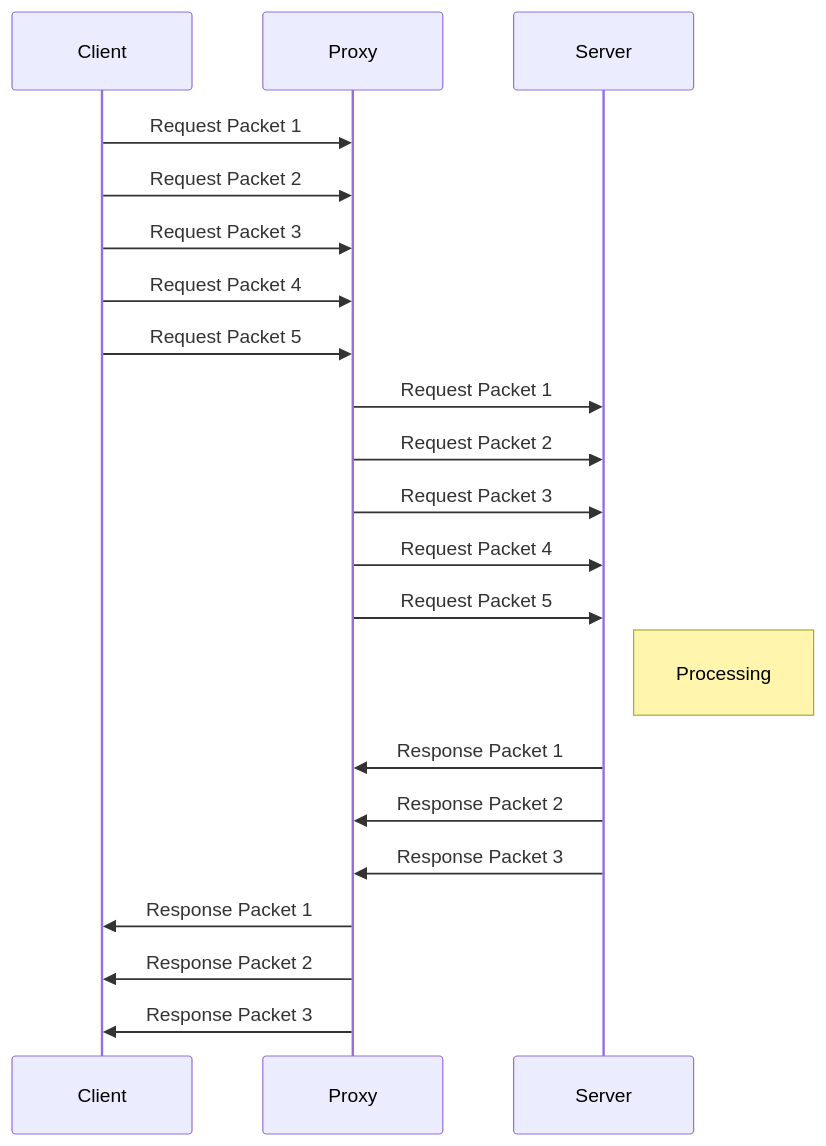
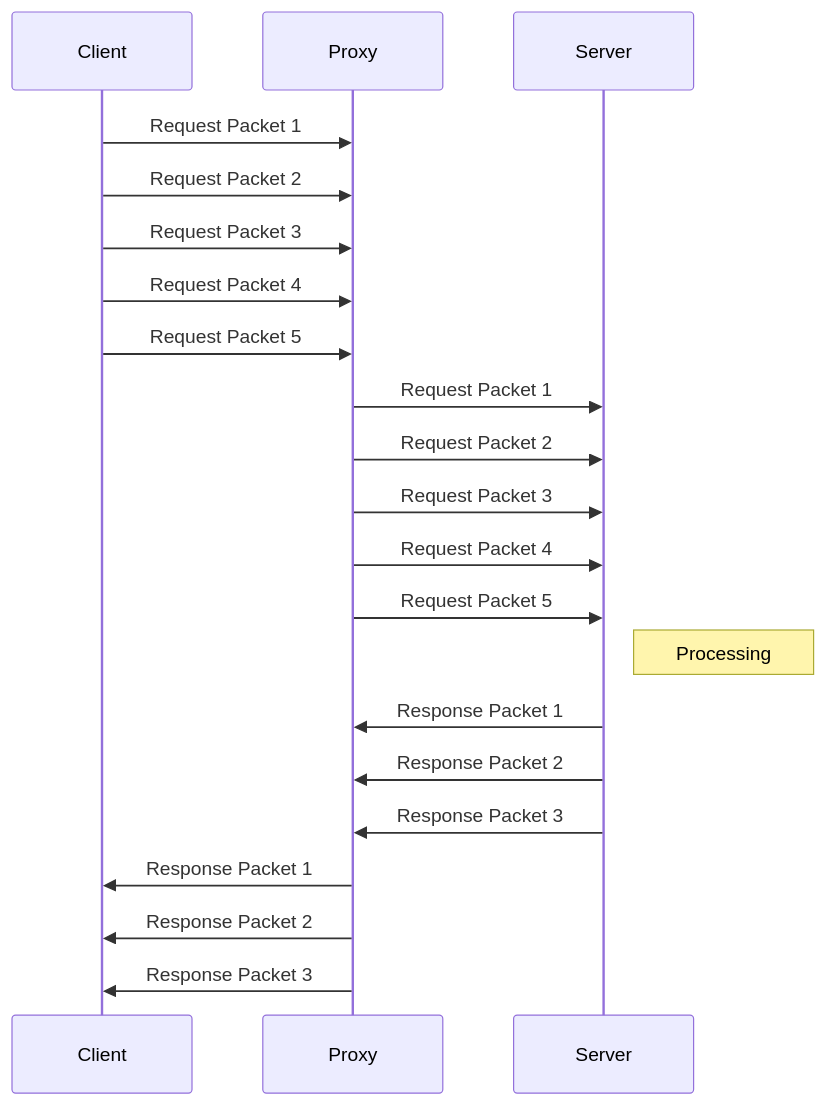
One commit to canelhasmateus/diamond changed the first of 2 diagrams in vault/reference/Reverse Proxies.md. Above: the diagram before and after it, drawn with Mermaid. The commit also changed 7 other files, not shown here.

````diff
--- a/vault/reference/Reverse Proxies.md
+++ b/vault/reference/Reverse Proxies.md
@@ -39,21 +39,21 @@
 ```mermaid
 
 sequenceDiagram
     Client->>Proxy: Request Packet 1
     Client->>Proxy: Request Packet 2
     Client->>Proxy: Request Packet 3
     Client->>Proxy: Request Packet 4
     Client->>Proxy: Request Packet 5    
     Proxy->>Server: Request Packet 1
     Proxy->>Server: Request Packet 2
     Proxy->>Server: Request Packet 3
     Proxy->>Server: Request Packet 4
     Proxy->>Server: Request Packet 5
-    Note right of Server: <br/> Processing <br/>
+    Note right of Server: Processing
     Server->>Proxy: Response Packet 1
     Server->>Proxy: Response Packet 2
     Server->>Proxy: Response Packet 3    
     Proxy->>Client: Response Packet 1
     Proxy->>Client: Response Packet 2
     Proxy->>Client: Response Packet 3
 ```
````
